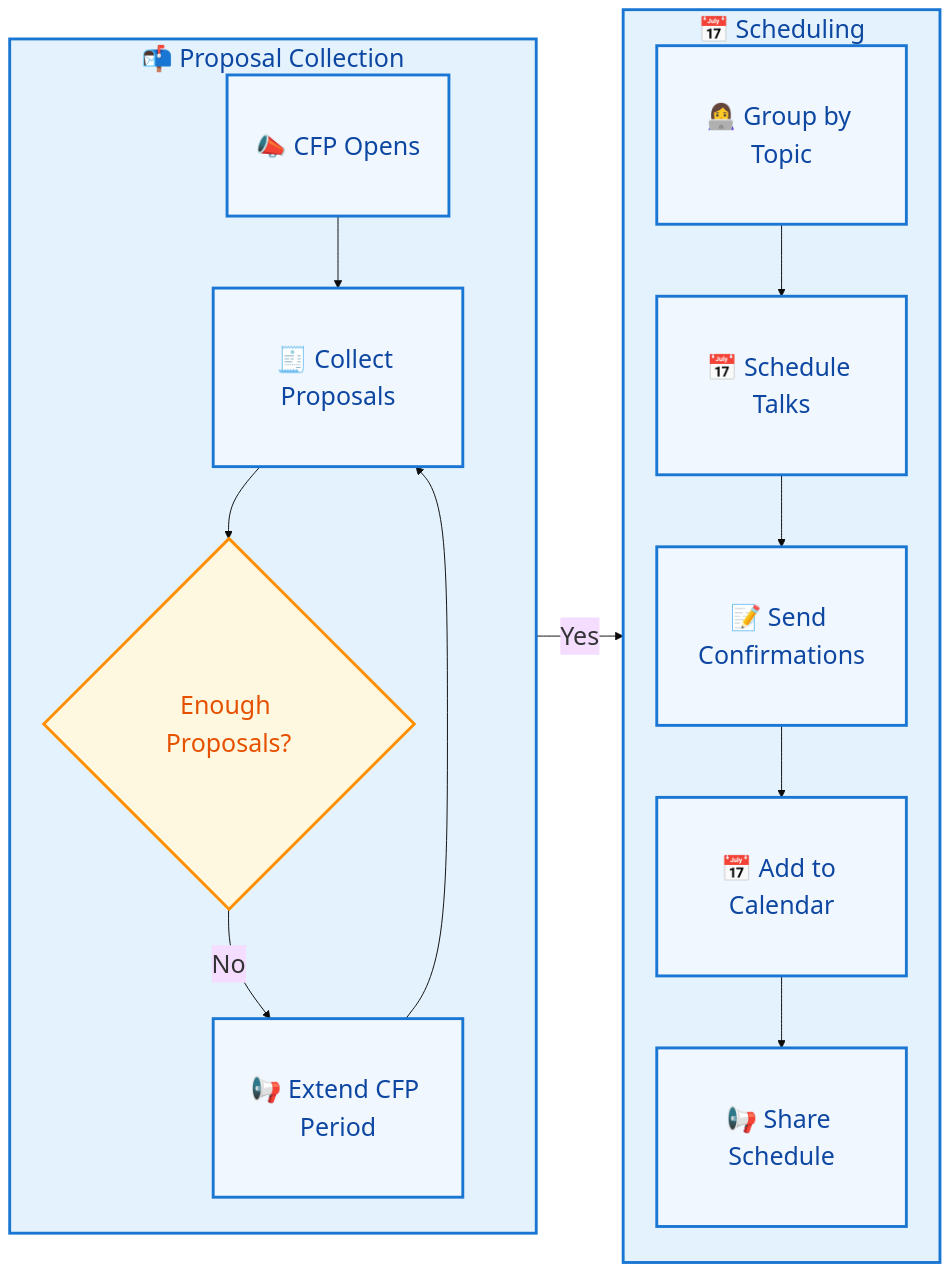
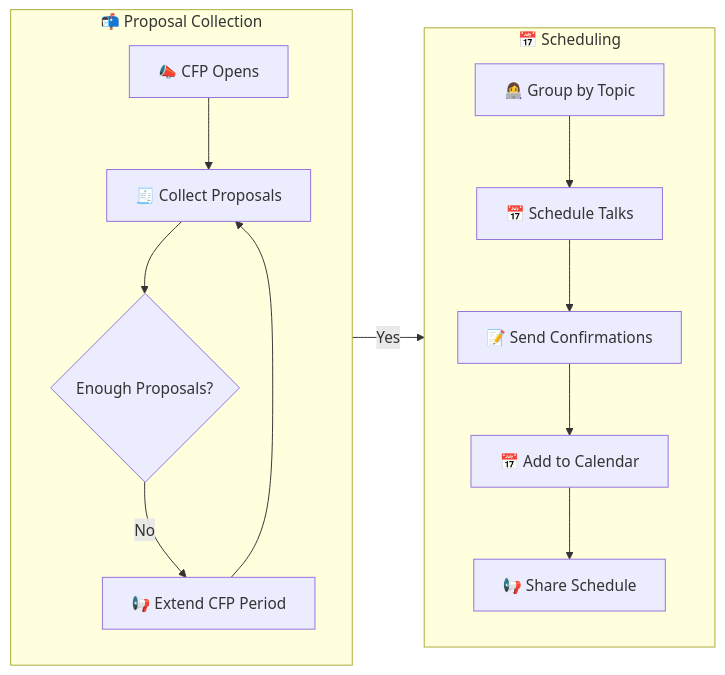
Before and after one commit to CBID2/VC-Community-Docs: the second of 4 diagrams in docs/lightning-talks/processes/project-workflow.md, drawn with Mermaid. The commit also changed other lines of this file and 5 other files, not shown here.

First line of the commit message:
Restore React 19 and simplify Mermaid diagrams

````diff
--- a/docs/lightning-talks/processes/project-workflow.md
+++ b/docs/lightning-talks/processes/project-workflow.md
@@ -94,35 +78,15 @@
 ```mermaid
-%%{init: {'theme':'base', 'themeVariables': {'fontSize':'26px', 'fontFamily':'arial'}}}%%
 flowchart LR
-  %% Left Column - Proposal Collection
   subgraph A["📬 Proposal Collection"]
     direction TB
-    A1["📣 CFP Opens"]
-    A2["🧾 Collect Proposals"]
-    A3{"Enough Proposals?"}
-    A4["📢 Extend CFP Period"]
-    A1 --> A2 --> A3
-    A3 -- No --> A4 --> A2
+    A1["📣 CFP Opens"] --> A2["🧾 Collect Proposals"] --> A3{"Enough Proposals?"}
+    A3 -- No --> A4["📢 Extend CFP Period"] --> A2
   end
 
-  %% Right Column - Scheduling
   subgraph B["📅 Scheduling"]
     direction TB
-    B1["👩‍💻 Group by Topic"]
-    B2["📅 Schedule Talks"]
-    B3["📝 Send Confirmations"]
-    B4["📅 Add to Calendar"]
-    B5["📢 Share Schedule"]
-    B1 --> B2 --> B3 --> B4 --> B5
+    B1["👩‍💻 Group by Topic"] --> B2["📅 Schedule Talks"] --> B3["📝 Send Confirmations"] --> B4["📅 Add to Calendar"] --> B5["📢 Share Schedule"]
   end
 
-  %% Flow between columns
   A3 -- Yes --> B1
-
-  %% Styling
-  classDef default fill:#f0f7ff,stroke:#1976d2,stroke-width:3px,color:#0d47a1,padding:15px;
-  classDef process fill:#e3f2fd,stroke:#1976d2,stroke-width:3px,color:#0d47a1;
-  classDef decision fill:#fff8e1,stroke:#ff8f00,stroke-width:3px,color:#e65100;
-  class A,B process;
-  class A3 decision;
 ```
````
